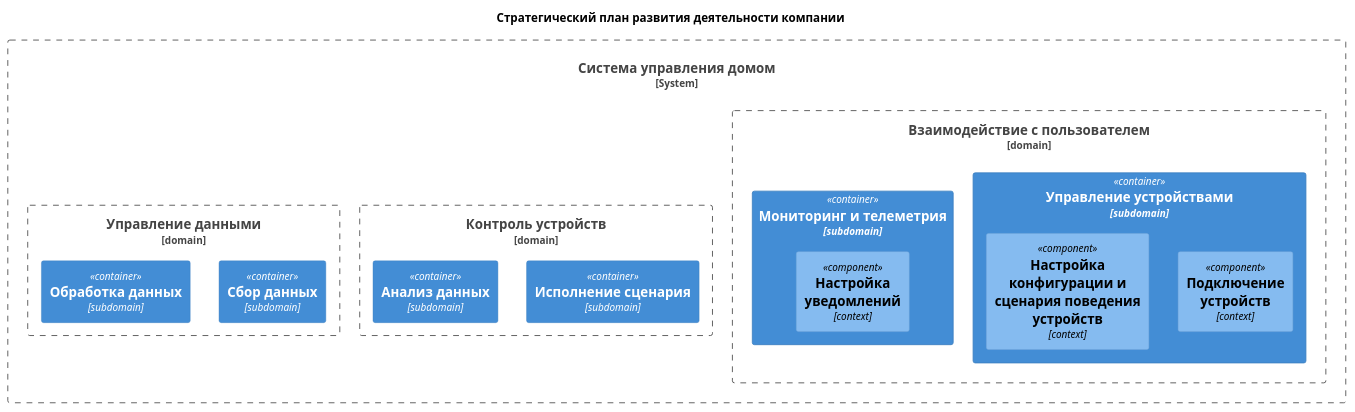
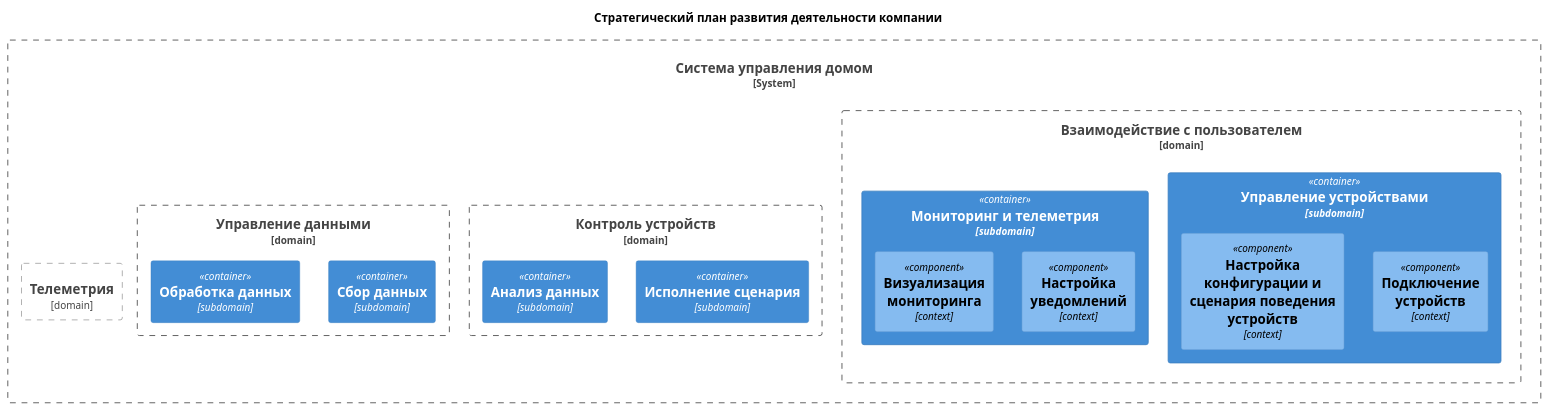
Before and after one commit to asbelon/architecture-sprint-3: the diagram in arch/current state/domains to be.puml, drawn with PlantUML. The commit also changed 4 other files, not shown here.

```diff
--- a/arch/current state/domains to be.puml
+++ b/arch/current state/domains to be.puml
@@ -1,26 +1,28 @@
 @startuml
 title Стратегический план развития деятельности компании
 
 !includeurl https://raw.githubusercontent.com/RicardoNiepel/C4-PlantUML/master/C4_Component.puml
 
 System_Boundary(HeatingControlSystem, "Система управления домом") {
     Boundary(domain_1,"Взаимодействие с пользователем", "domain") {
         Container(C1, "Управление устройствами", "subdomain") {
             Component(T1,"Подключение устройств", "context")
             Component(T2,"Настройка конфигурации и сценария поведения устройств", "context")
         }
         Container(C2, "Мониторинг и телеметрия", "subdomain") {
             Component(T3, "Настройка уведомлений", "context")
+            Component(T4, "Визуализация мониторинга", "context")
         }
     }
     Boundary(domain_2, "Контроль устройств", "domain") {
         Container(C3, "Исполнение сценария", "subdomain")
         Container(C4, "Анализ данных", "subdomain")
     }
     Boundary(domain_3, "Управление данными", "domain") {
         Container(C6, "Сбор данных", "subdomain")
         Container(C7, "Обработка данных", "subdomain")
     }
+    Boundary(domain_4, "Телеметрия", "domain")
 }
 
 @enduml
```
